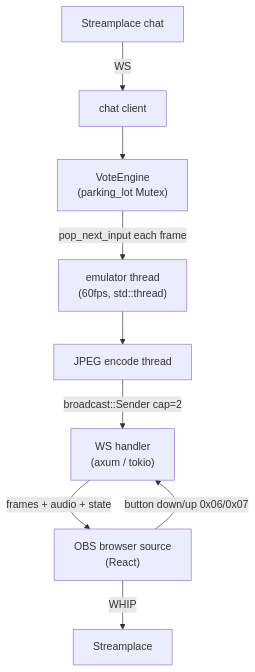
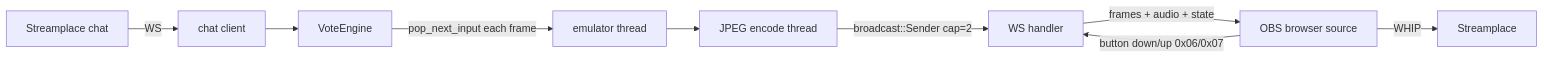
Before and after one commit to espeon/stream-plays-pokemon: the diagram in readme.md, drawn with Mermaid.

Commit message:
clean up readme

````diff
--- a/readme.md
+++ b/readme.md
@@ -64,11 +64,11 @@
 ```mermaid
-flowchart TD
+flowchart LR
     Chat["Streamplace chat"] -->|WS| ChatClient["chat client"]
-    ChatClient --> VoteEngine["VoteEngine\n(parking_lot Mutex)"]
-    VoteEngine -->|pop_next_input each frame| EmulatorThread["emulator thread\n(60fps, std::thread)"]
+    ChatClient --> VoteEngine["VoteEngine"]
+    VoteEngine -->|pop_next_input each frame| EmulatorThread["emulator thread"]
     EmulatorThread --> EncodeThread["JPEG encode thread"]
-    EncodeThread -->|broadcast::Sender cap=2| WSHandler["WS handler\n(axum / tokio)"]
-    WSHandler -->|frames + audio + state| Browser["OBS browser source\n(React)"]
+    EncodeThread -->|broadcast::Sender cap=2| WSHandler["WS handler"]
+    WSHandler -->|frames + audio + state| Browser["OBS browser source"]
     Browser -->|WHIP| Streamplace["Streamplace"]
     Browser -->|button down/up 0x06/0x07| WSHandler
 ```
````
